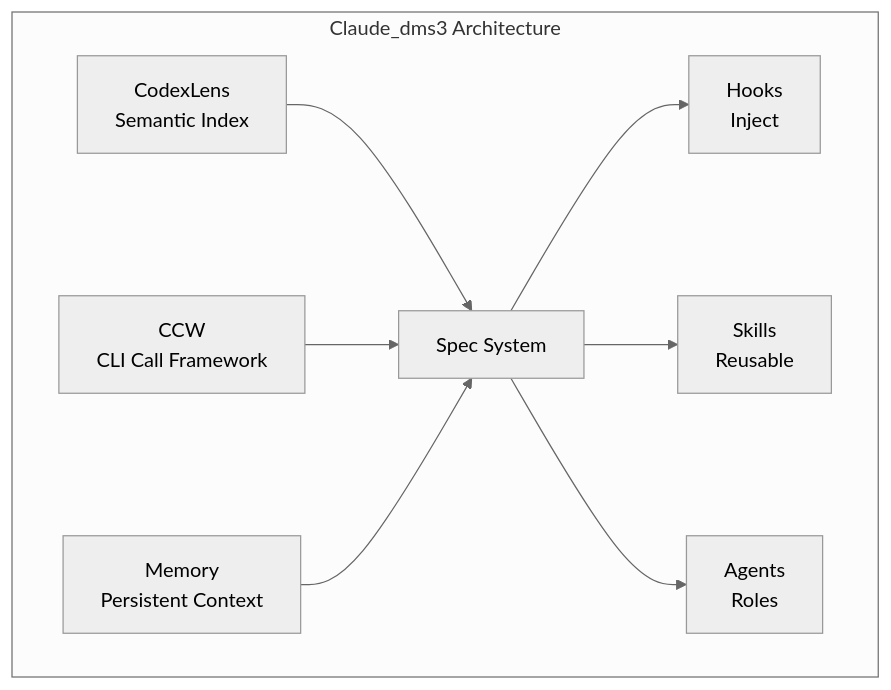
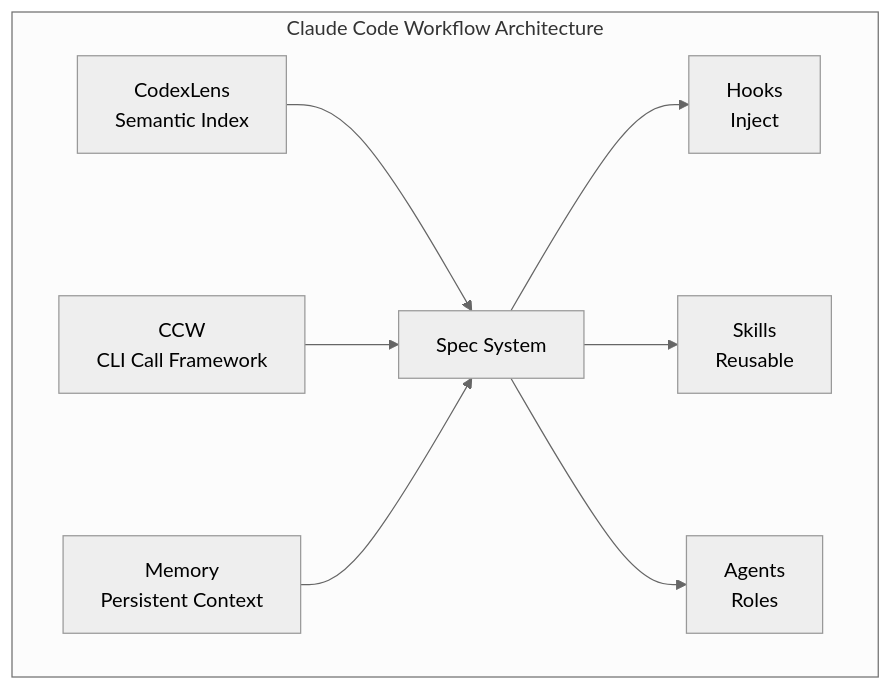
One commit to 74587/Claude-Code-Workflow changed the diagram in docs/guide/ch01-what-is-claude-dms3.md. Above: the diagram before and after it, drawn with Mermaid (neutral theme). The commit also changed other lines of this file and 58 other files, not shown here.

````diff
--- a/docs/guide/ch01-what-is-claude-dms3.md
+++ b/docs/guide/ch01-what-is-claude-dms3.md
@@ -53,19 +53,19 @@
 ```mermaid
 graph TB
-    subgraph Claude_dms3_Architecture[Claude_dms3 Architecture]
+    subgraph Claude Code Workflow_Architecture[Claude Code Workflow Architecture]
         A[CodexLens<br/>Semantic Index]
         B[CCW<br/>CLI Call Framework]
         C[Memory<br/>Persistent Context]
         D[Spec System]
         E[Hooks<br/>Inject]
         F[Skills<br/>Reusable]
         G[Agents<br/>Roles]
 
         A --> D
         B --> D
         C --> D
         D --> E
         D --> F
         D --> G
     end
 ```
````
